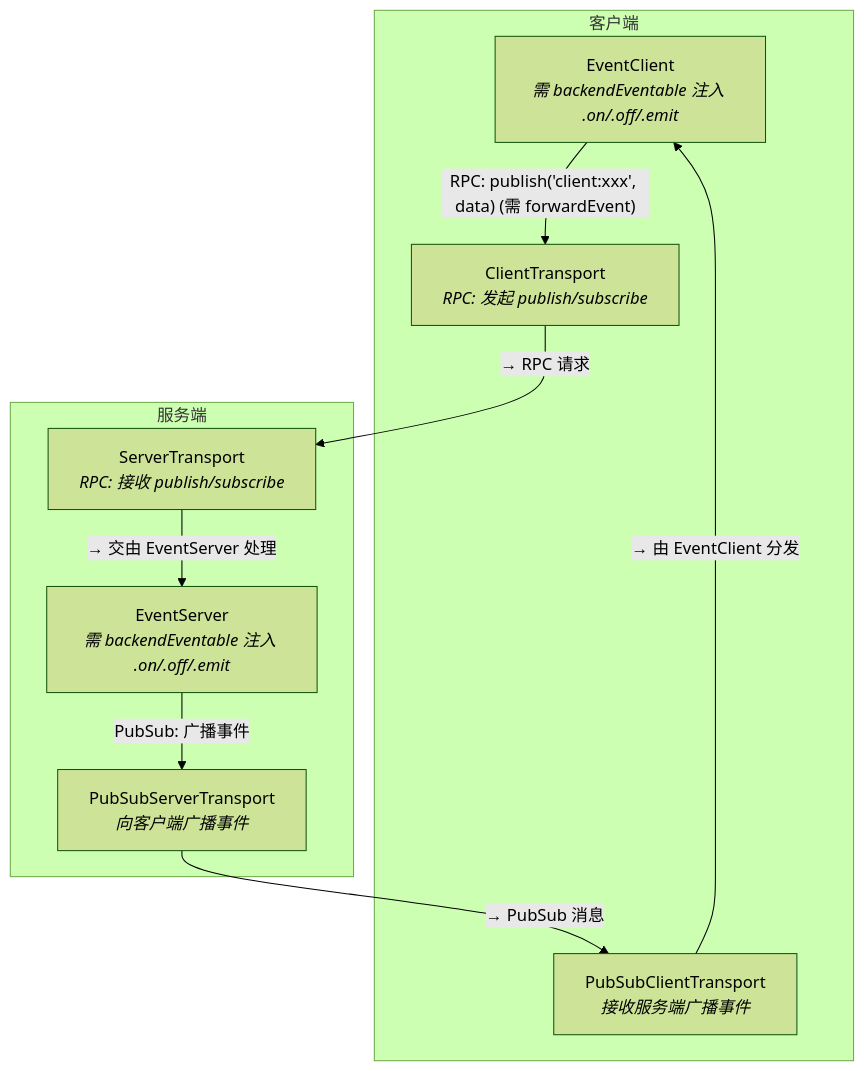
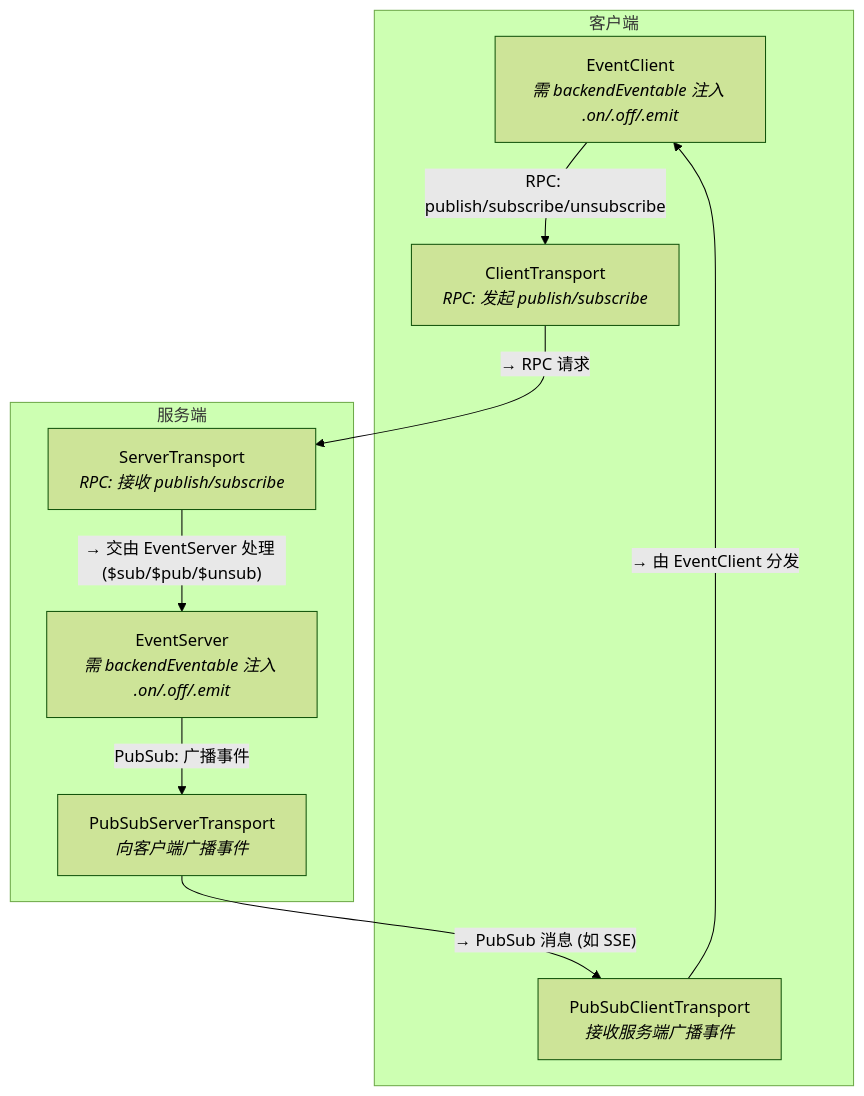
Before and after one commit to isdk/tool-event.js: the diagram in README.cn.md, drawn with Mermaid (forest theme). The commit also changed other lines of this file and 3 other files, not shown here.

````diff
--- a/README.cn.md
+++ b/README.cn.md
@@ -104,28 +109,25 @@
 ```mermaid
 graph TD
-    %% ========== Client Side ==========
     subgraph "客户端"
         EC[EventClient<br><i>需 backendEventable 注入 .on/.off/.emit</i>]
         CT[ClientTransport<br><i>RPC: 发起 publish/subscribe</i>]
         PCT[PubSubClientTransport<br><i>接收服务端广播事件</i>]
     end
 
-    %% ========== Server Side ==========
     subgraph "服务端"
         ES[EventServer<br><i>需 backendEventable 注入 .on/.off/.emit</i>]
         ST[ServerTransport<br><i>RPC: 接收 publish/subscribe</i>]
         PST[PubSubServerTransport<br><i>向客户端广播事件</i>]
     end
 
-    %% ========== Connections ==========
-    EC -- "RPC: publish('client:xxx', data) (需 forwardEvent)" --> CT
+    EC -- "RPC: publish/subscribe/unsubscribe" --> CT
     CT -- "→ RPC 请求" --> ST
-    ST -- "→ 交由 EventServer 处理" --> ES
+    ST -- "→ 交由 EventServer 处理 ($sub/$pub/$unsub)" --> ES
 
     ES -- "PubSub: 广播事件" --> PST
-    PST -- "→ PubSub 消息" --> PCT
+    PST -- "→ PubSub 消息 (如 SSE)" --> PCT
     PCT -- "→ 由 EventClient 分发" --> EC
 
     class EC,PCT,CT client
     class ES,PST,ST server
 ```
````
